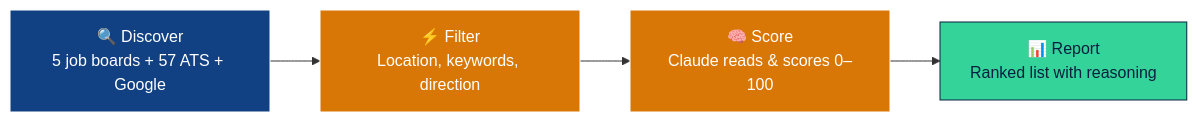
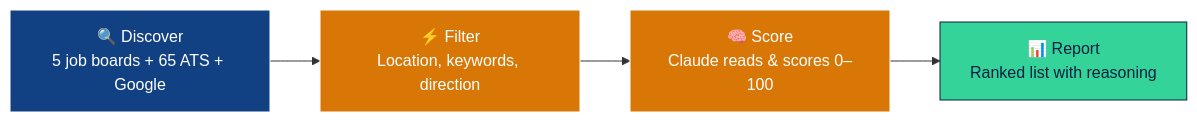
One commit to MVP-Club-AI/mattjobsearchtool changed the first of 2 diagrams in README.md. Above: the diagram before and after it, drawn with Mermaid. The commit also changed other lines of this file and 4 other files, not shown here.

````diff
--- a/README.md
+++ b/README.md
@@ -59,10 +59,10 @@
 ```mermaid
 flowchart LR
-    A["🔍 Discover\n5 job boards + 57 ATS + Google"] --> B["⚡ Filter\nLocation, keywords, direction"]
+    A["🔍 Discover\n5 job boards + 65 ATS + Google"] --> B["⚡ Filter\nLocation, keywords, direction"]
     B --> C["🧠 Score\nClaude reads & scores 0–100"]
     C --> D["📊 Report\nRanked list with reasoning"]
     style A fill:#114083,color:#fff,stroke:#fff
     style B fill:#D97706,color:#fff,stroke:#fff
     style C fill:#D97706,color:#fff,stroke:#fff
     style D fill:#34D399,color:#081F3F,stroke:#081F3F
 ```
````
